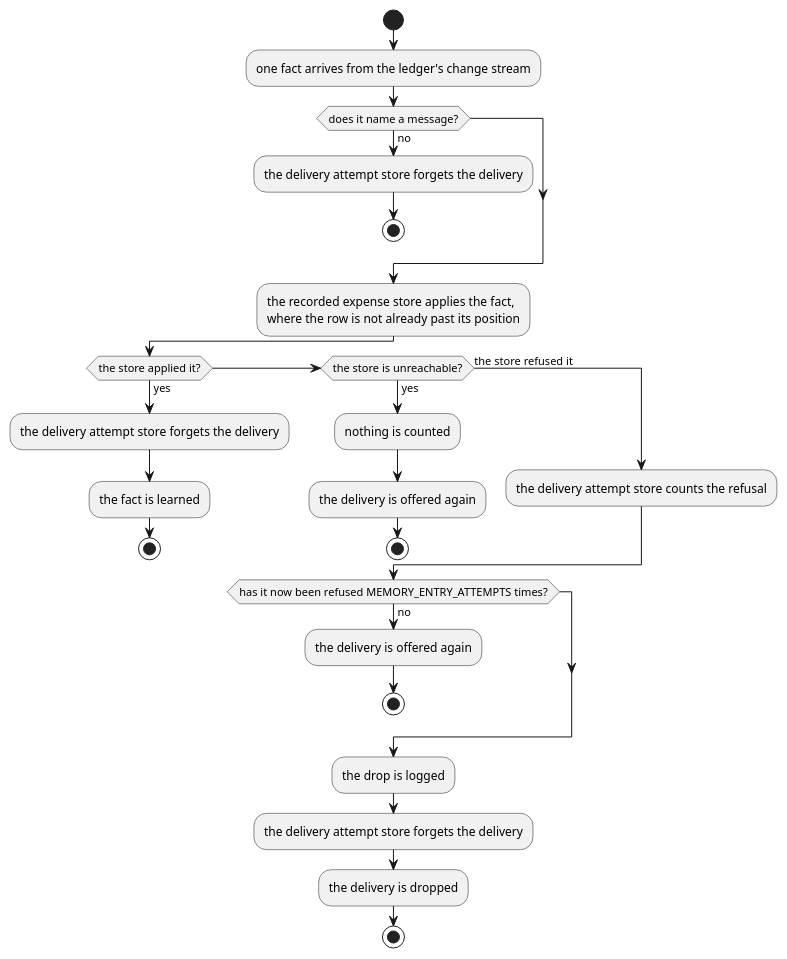
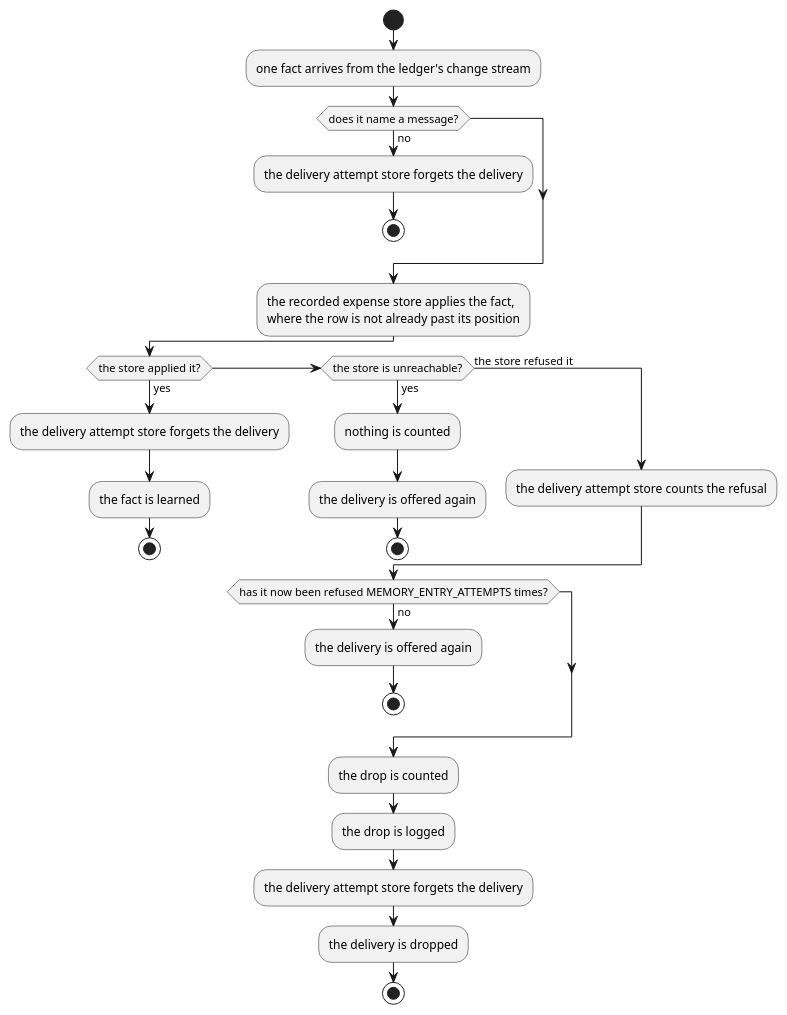
Before and after one commit to ds-usova/finance-bot: the second of 2 diagrams in ai-connector-service/docs/usecases/learn-message-outcome.md, drawn with PlantUML. The commit also changed other lines of this file and 7 other files, not shown here.

````diff
--- a/ai-connector-service/docs/usecases/learn-message-outcome.md
+++ b/ai-connector-service/docs/usecases/learn-message-outcome.md
@@ -100,36 +100,37 @@
 ```plantuml
 @startuml LearnMessageOutcome-Activity
 start
 :one fact arrives from the ledger's change stream;
 
 if (does it name a message?) then (no)
   :the delivery attempt store forgets the delivery;
   stop
 endif
 
 :the recorded expense store applies the fact,
 where the row is not already past its position;
 
 if (the store applied it?) then (yes)
   :the delivery attempt store forgets the delivery;
   :the fact is learned;
   stop
 elseif (the store is unreachable?) then (yes)
   :nothing is counted;
   :the delivery is offered again;
   stop
 else (the store refused it)
   :the delivery attempt store counts the refusal;
 endif
 
 if (has it now been refused MEMORY_ENTRY_ATTEMPTS times?) then (no)
   :the delivery is offered again;
   stop
 endif
 
+:the drop is counted;
 :the drop is logged;
 :the delivery attempt store forgets the delivery;
 :the delivery is dropped;
 stop
 @enduml
 ```
````
